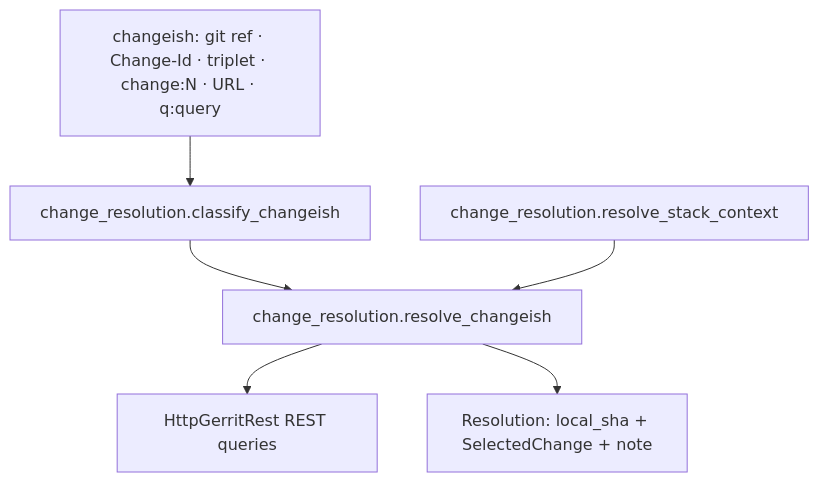
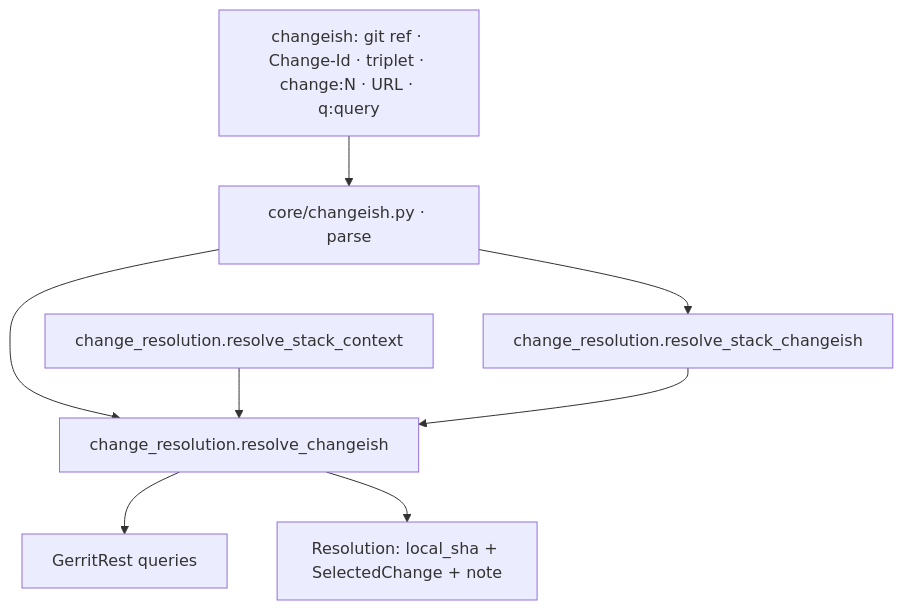
Before and after one commit to togrue/gerrit-workflow-tools: the sixth of 8 diagrams in docu/architecture.md, drawn with Mermaid. The commit also changed other lines of this file and 16 other files, not shown here.

First line of the commit message:
Add architecture and doc guardrails so agents extend owners instead of copying

````diff
--- a/docu/architecture.md
+++ b/docu/architecture.md
@@ -218,15 +237,18 @@
 ```mermaid
 flowchart TB
   input[changeish: git ref · Change-Id · triplet · change:N · URL · q:query]
-  classify[change_resolution.classify_changeish]
+  classify[core/changeish.py · parse]
   stack_ctx[change_resolution.resolve_stack_context]
   resolve[change_resolution.resolve_changeish]
-  rest[HttpGerritRest REST queries]
+  stack_resolve[change_resolution.resolve_stack_changeish]
+  rest[GerritRest queries]
   output[Resolution: local_sha + SelectedChange + note]
 
   input --> classify
   classify --> resolve
+  classify --> stack_resolve
   stack_ctx --> resolve
+  stack_resolve --> resolve
   resolve --> rest
   resolve --> output
 ```
````
